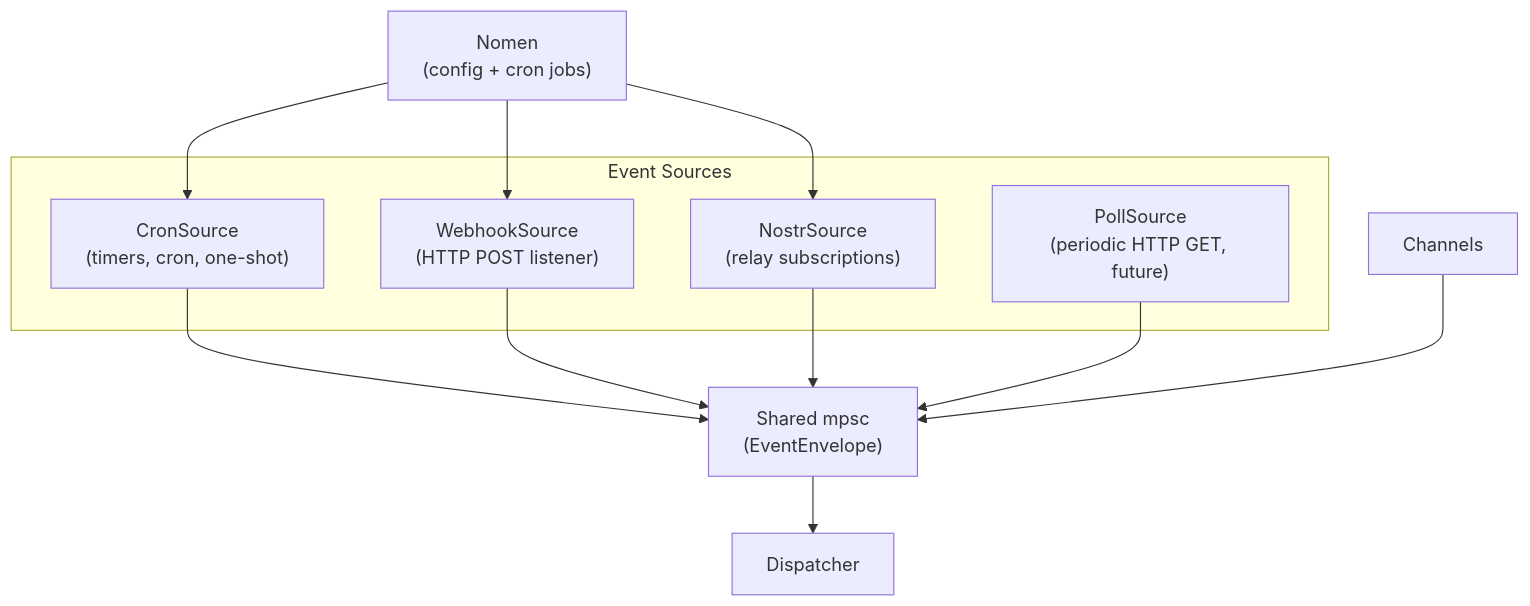
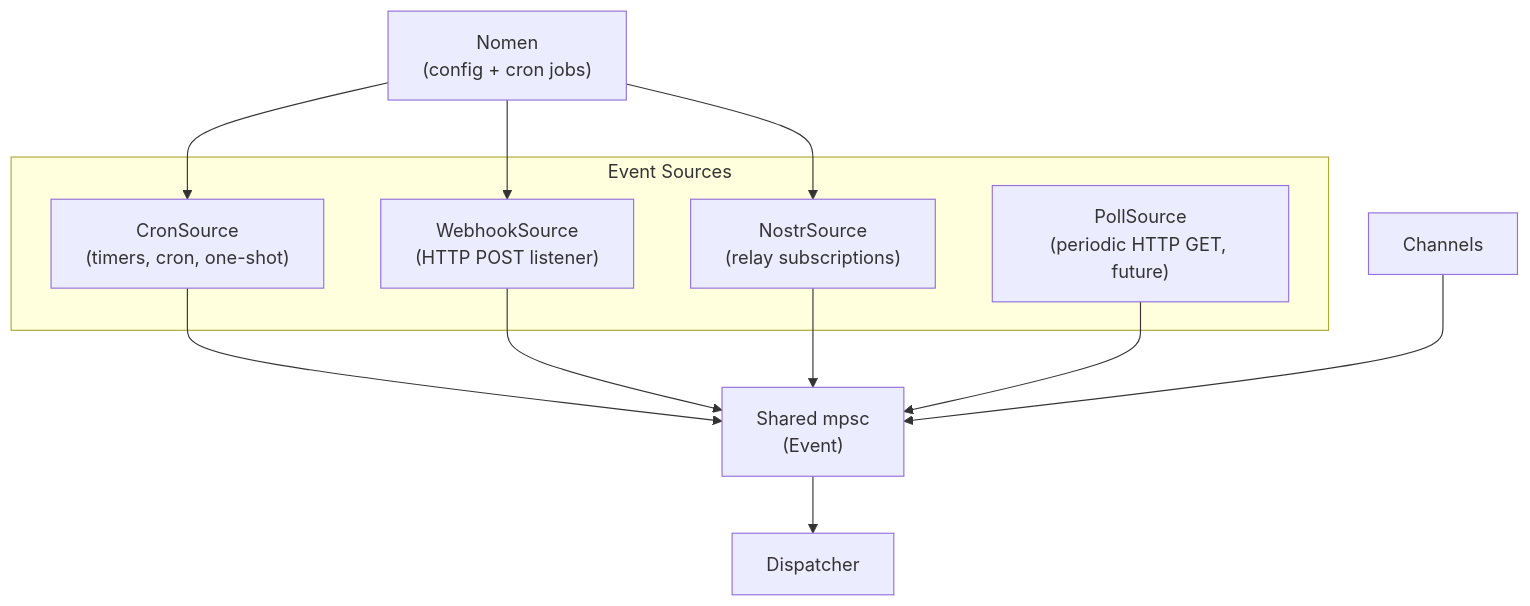
The diagram in docs/event-sources.md (k0sti/nocelium), drawn with Mermaid before and after one commit. The commit also changed other lines of this file and 4 other files, not shown here.

````diff
--- a/docs/event-sources.md
+++ b/docs/event-sources.md
@@ -13,24 +13,24 @@
 ```mermaid
 graph TD
     subgraph sources["Event Sources"]
         CRON["CronSource<br/>(timers, cron, one-shot)"]
         WH["WebhookSource<br/>(HTTP POST listener)"]
         NS["NostrSource<br/>(relay subscriptions)"]
         POLL["PollSource<br/>(periodic HTTP GET, future)"]
     end
 
     CH["Channels"]
-    QUEUE["Shared mpsc<br/>(EventEnvelope)"]
+    QUEUE["Shared mpsc<br/>(Event)"]
     DISPATCH["Dispatcher"]
     NOMEN["Nomen<br/>(config + cron jobs)"]
 
     CRON --> QUEUE
     WH --> QUEUE
     NS --> QUEUE
     POLL --> QUEUE
     CH --> QUEUE
     QUEUE --> DISPATCH
     NOMEN --> CRON
     NOMEN --> WH
     NOMEN --> NS
 ```
````
